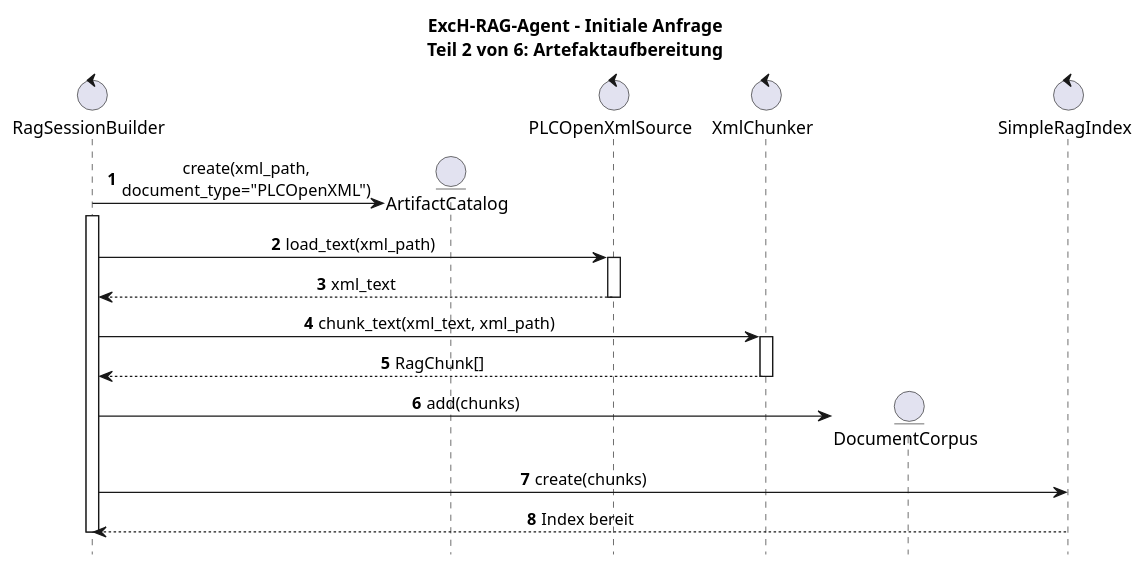
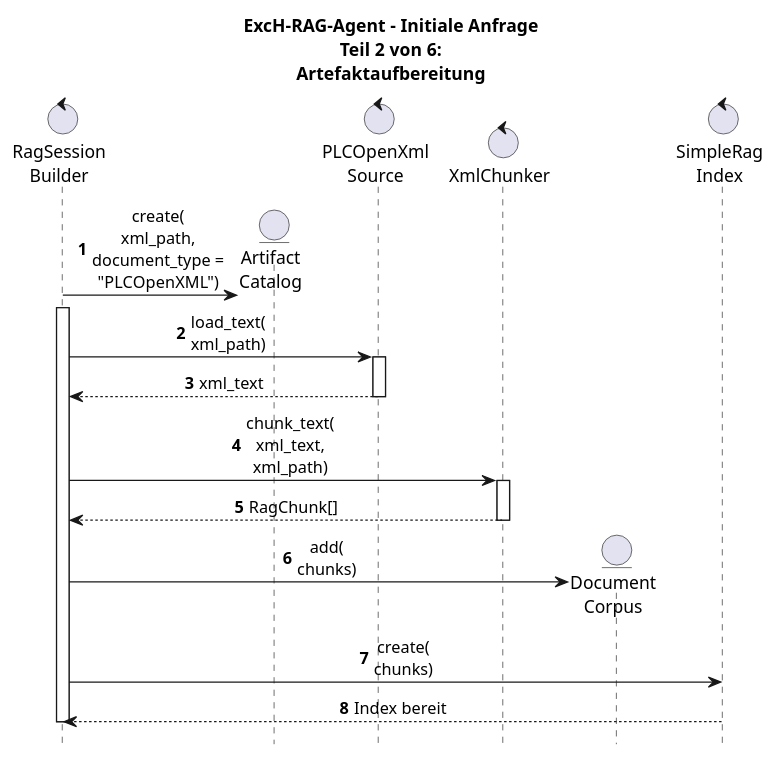
One commit to verkal1999/Agent_Test changed the diagram in UML-Diagrams/ExcH-RAG-Agent/Komponenten_ExcH-RAG-Agent/07b_seq_artifacts.plantuml. Above: the diagram before and after it, drawn with PlantUML. The commit also changed 38 other files, not shown here.

Commit message:
UML-Diagramme svgs erneuert

```diff
--- a/UML-Diagrams/ExcH-RAG-Agent/Komponenten_ExcH-RAG-Agent/07b_seq_artifacts.plantuml
+++ b/UML-Diagrams/ExcH-RAG-Agent/Komponenten_ExcH-RAG-Agent/07b_seq_artifacts.plantuml
@@ -1,39 +1,39 @@
 @startuml
 
 skinparam shadowing false
 skinparam responseMessageBelowArrow true
 skinparam sequenceMessageAlign center
 hide footbox
 autonumber
 
-title ExcH-RAG-Agent - Initiale Anfrage\nTeil 2 von 6: Artefaktaufbereitung
+title ExcH-RAG-Agent - Initiale Anfrage\nTeil 2 von 6:\nArtefaktaufbereitung
 
-control "RagSessionBuilder" as Builder
-entity "ArtifactCatalog" as Catalog
-control "PLCOpenXmlSource" as XmlSource
+control "RagSession\nBuilder" as Builder
+entity "Artifact\nCatalog" as Catalog
+control "PLCOpenXml\nSource" as XmlSource
 control "XmlChunker" as Chunker
-entity "DocumentCorpus" as Corpus
-control "SimpleRagIndex" as Index
+entity "Document\nCorpus" as Corpus
+control "SimpleRag\nIndex" as Index
 
 create Catalog
-Builder -> Catalog : create(xml_path,\ndocument_type="PLCOpenXML")
+Builder -> Catalog : create(\nxml_path,\ndocument_type =\n"PLCOpenXML")
 activate Builder
 
-Builder -> XmlSource : load_text(xml_path)
+Builder -> XmlSource : load_text(\nxml_path)
 activate XmlSource
 XmlSource --> Builder : xml_text
 deactivate XmlSource
 
-Builder -> Chunker : chunk_text(xml_text, xml_path)
+Builder -> Chunker : chunk_text(\nxml_text,\nxml_path)
 activate Chunker
 Chunker --> Builder : RagChunk[]
 deactivate Chunker
 
 create Corpus
-Builder -> Corpus : add(chunks)
+Builder -> Corpus : add(\nchunks)
 
-Builder -> Index : create(chunks)
+Builder -> Index : create(\nchunks)
 Index --> Builder : Index bereit
 deactivate Builder
 
 @enduml
```
